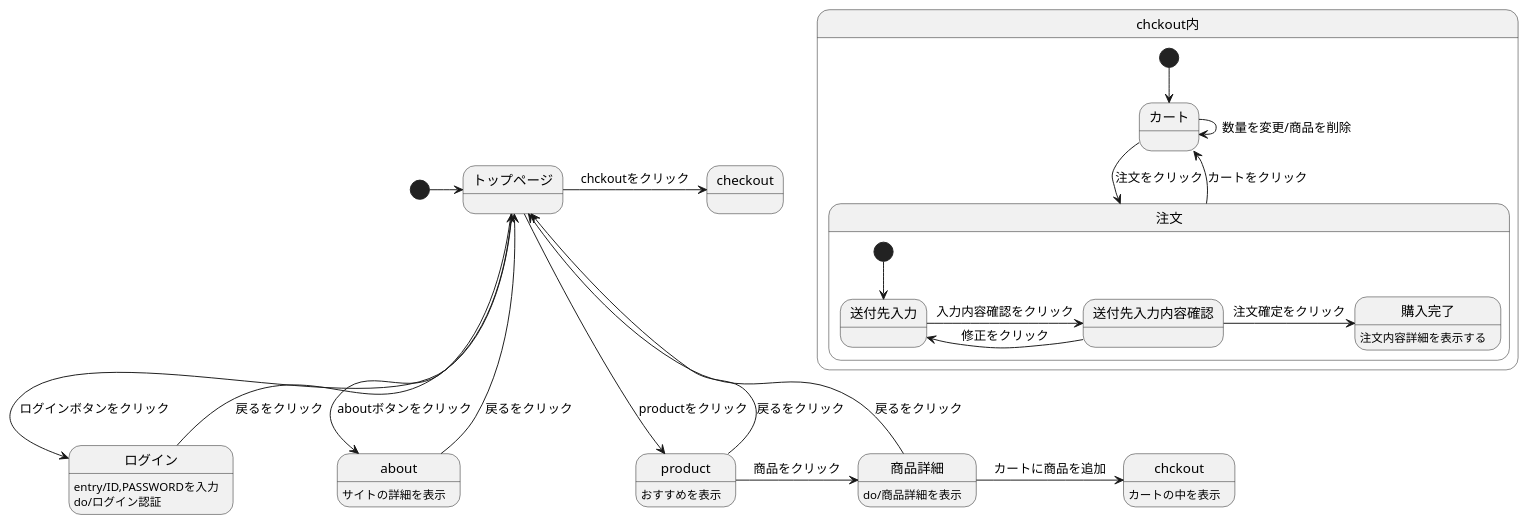
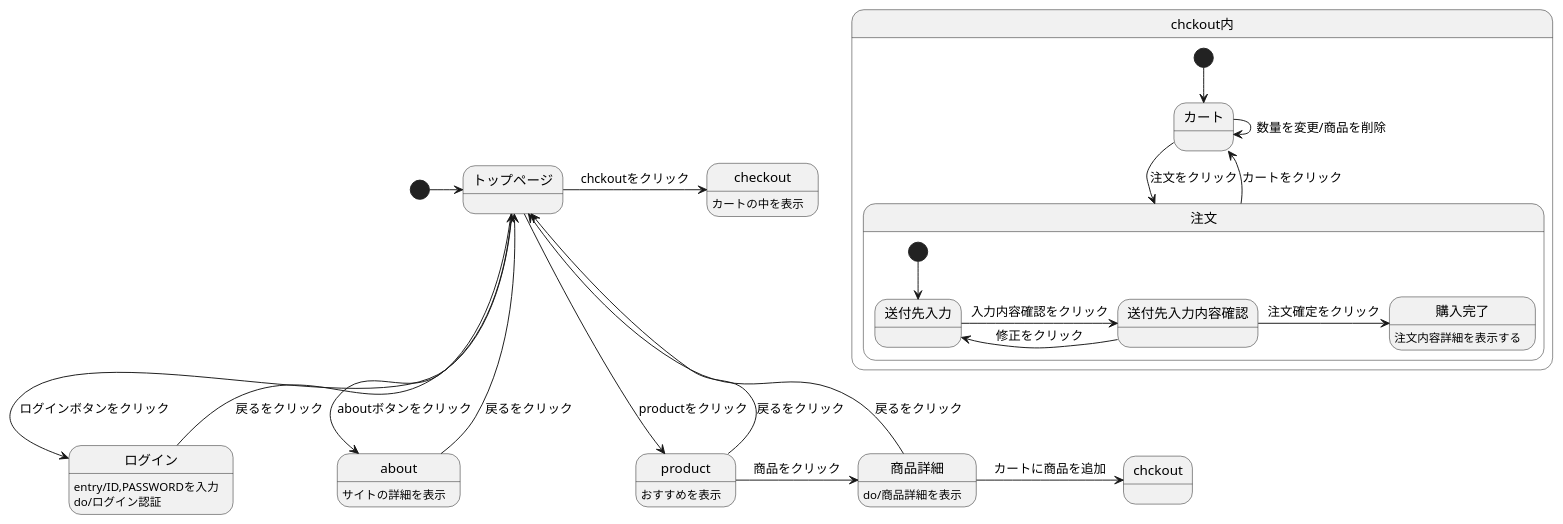
One commit to Aso2101121/2021sys-design-2 changed the diagram in modan.stw.md. Above: the diagram before and after it, drawn with PlantUML.

````diff
--- a/modan.stw.md
+++ b/modan.stw.md
@@ -1,35 +1,35 @@
 ```uml
 @startuml
 [*] -> トップページ
 トップページ -> ログイン : ログインボタンをクリック
 ログイン : entry/ID,PASSWORDを入力
 ログイン : do/ログイン認証
 ログイン --> トップページ : 戻るをクリック
 トップページ -> about : aboutボタンをクリック
 about : サイトの詳細を表示
 about --> トップページ : 戻るをクリック
 トップページ -> product : productをクリック
 product : おすすめを表示
 product --> トップページ : 戻るをクリック
 product -> 商品詳細 : 商品をクリック
 商品詳細 : do/商品詳細を表示
 商品詳細 -> chckout : カートに商品を追加
 商品詳細 --> トップページ : 戻るをクリック
 トップページ -> checkout : chckoutをクリック
-chckout : カートの中を表示
+checkout : カートの中を表示
 
 state chckout内 {
  [*] --> カート
  カート -> 注文 : 注文をクリック
  カート -> カート : 数量を変更/商品を削除
  注文 --> カート : カートをクリック
  state 注文 {
   [*] --> 送付先入力
   送付先入力 -> 送付先入力内容確認 : 入力内容確認をクリック
   送付先入力内容確認 -> 送付先入力 : 修正をクリック
   送付先入力内容確認 -> 購入完了 : 注文確定をクリック 
   購入完了 : 注文内容詳細を表示する
  }
 }
 @enduml
 ```
````
